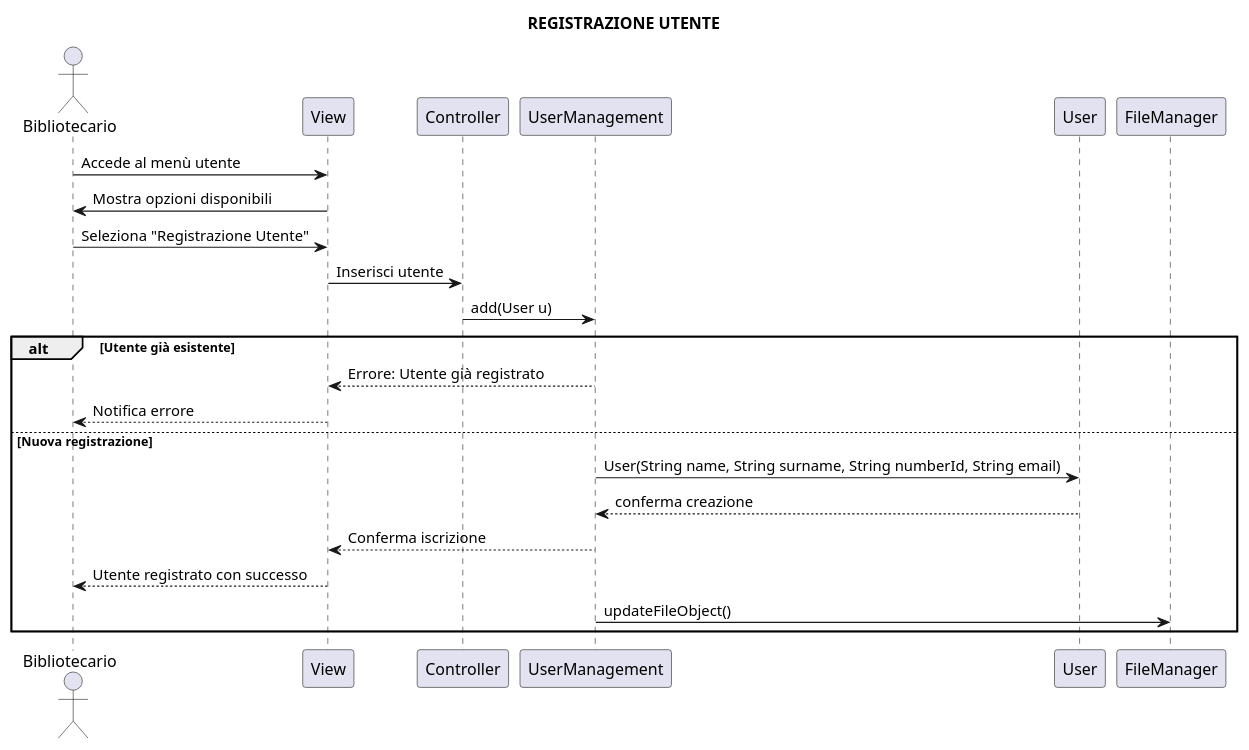
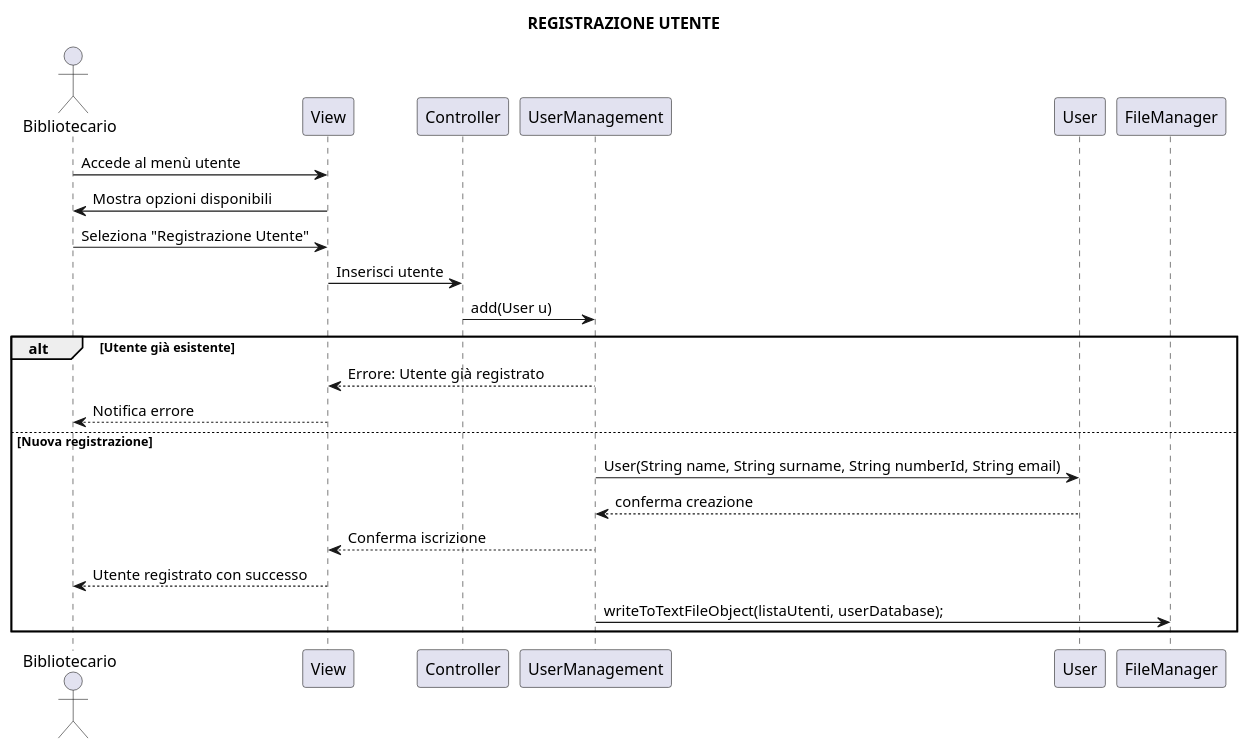
One commit to brunooliva7/Project-Ingegneria-del-Software14 changed the diagram in gruppo14BibliotecaUniversitaria/uml/RegistrazioneUtente.puml. Above: the diagram before and after it, drawn with PlantUML. The commit also changed other lines of this file and 11 other files, not shown here.

```diff
--- a/gruppo14BibliotecaUniversitaria/uml/RegistrazioneUtente.puml
+++ b/gruppo14BibliotecaUniversitaria/uml/RegistrazioneUtente.puml
@@ -1,27 +1,27 @@
 @startuml
 title REGISTRAZIONE UTENTE
 
 actor Bibliotecario
 participant View
 participant Controller
 participant UserManagement
 participant User
 participant FileManager
  
 Bibliotecario -> View: Accede al menù utente
 View –> Bibliotecario: Mostra opzioni disponibili
 Bibliotecario -> View: Seleziona "Registrazione Utente"
  View-> Controller: Inserisci utente 
 Controller-> UserManagement: add(User u)
 
 alt Utente già esistente
 	UserManagement --> View: Errore: Utente già registrato
                   View  --> Bibliotecario: Notifica errore
 else Nuova registrazione
 	UserManagement -> User: User(String name, String surname, String numberId, String email)
 	User --> UserManagement: conferma creazione
 	UserManagement --> View: Conferma iscrizione
 	View --> Bibliotecario: Utente registrato con successo
-	UserManagement -> FileManager: updateFileObject()
+	UserManagement -> FileManager: writeToTextFileObject(listaUtenti, userDatabase);
 end
 @enduml
```
